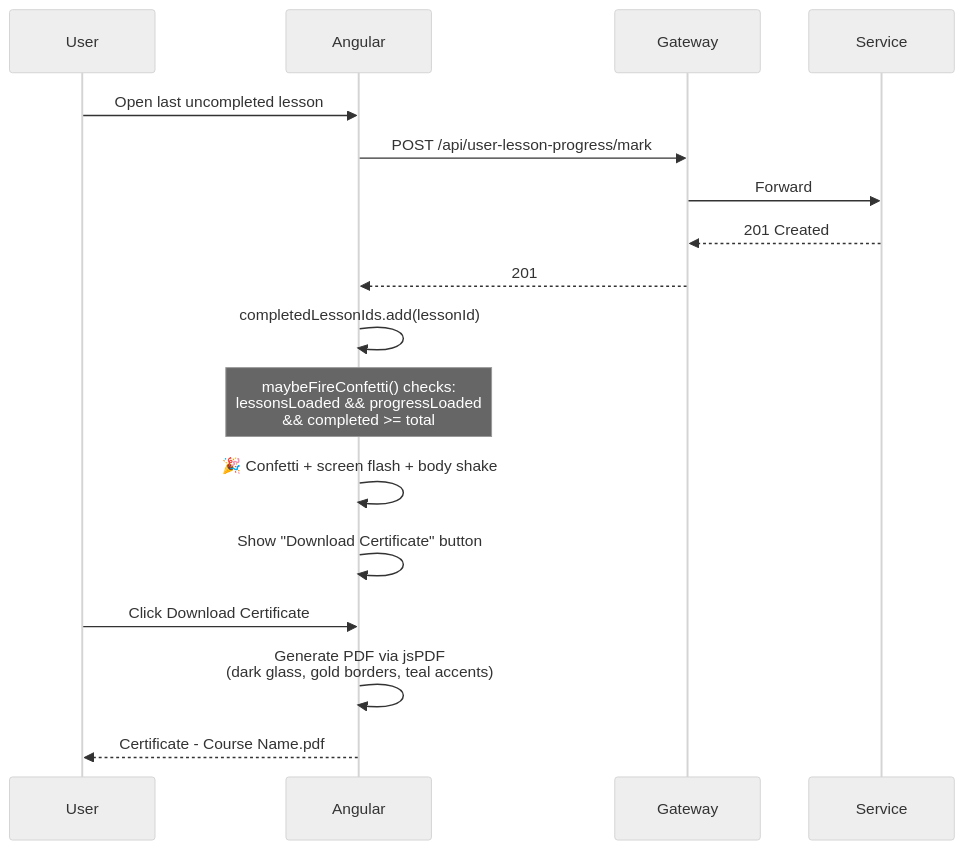
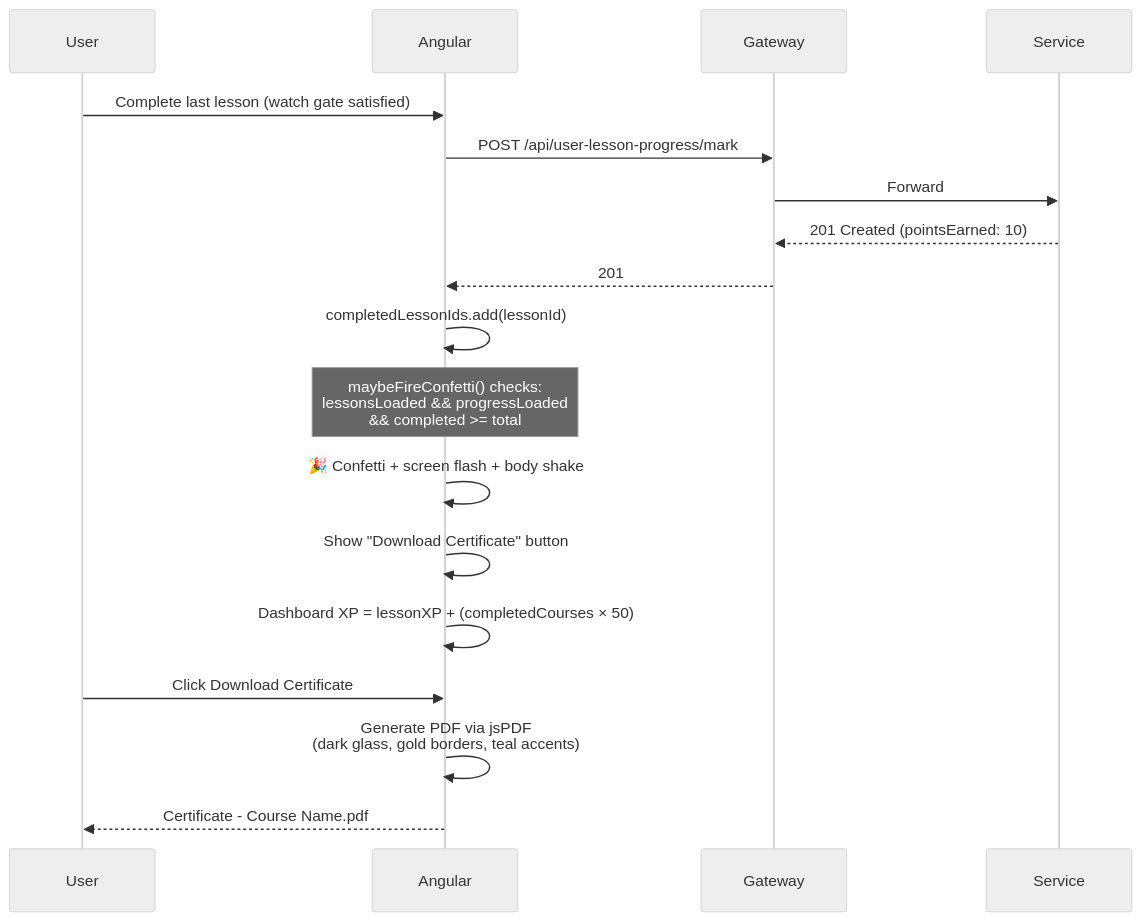
The sixth of 8 diagrams in README.md (Hamstertjie/Learn-With-Hamster-App), drawn with Mermaid (neutral theme) before and after one commit. The commit also changed other lines of this file and 35 other files, not shown here.

First line of the commit message:
Add XP system, video watch gate, footer redesign, and hero animations

````diff
--- a/README.md
+++ b/README.md
@@ -308,20 +349,21 @@
 ```mermaid
 sequenceDiagram
     participant U as User
     participant A as Angular
     participant G as Gateway
     participant S as Service
 
-    U->>A: Open last uncompleted lesson
+    U->>A: Complete last lesson (watch gate satisfied)
     A->>G: POST /api/user-lesson-progress/mark
     G->>S: Forward
-    S-->>G: 201 Created
+    S-->>G: 201 Created (pointsEarned: 10)
     G-->>A: 201
     A->>A: completedLessonIds.add(lessonId)
     Note over A: maybeFireConfetti() checks:<br/>lessonsLoaded && progressLoaded<br/>&& completed >= total
     A->>A: 🎉 Confetti + screen flash + body shake
     A->>A: Show "Download Certificate" button
+    A->>A: Dashboard XP = lessonXP + (completedCourses × 50)
     U->>A: Click Download Certificate
     A->>A: Generate PDF via jsPDF<br/>(dark glass, gold borders, teal accents)
     A-->>U: Certificate - Course Name.pdf
 ```
````
